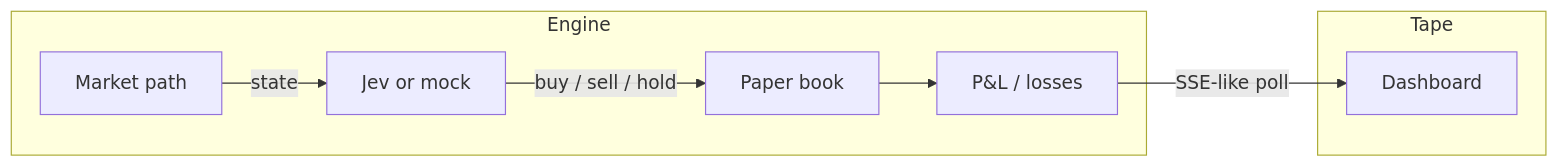
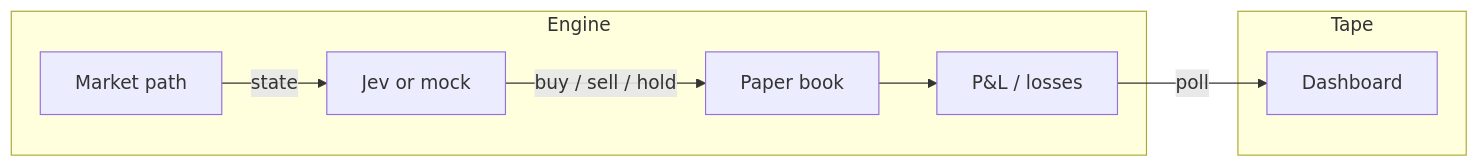
One commit to erboland/jev-fund changed the diagram in README.md. Above: the diagram before and after it, drawn with Mermaid. The commit also changed other lines of this file and 2 other files, not shown here.

Commit message:
Add quant-finance README, logo, and architecture diagram

````diff
--- a/README.md
+++ b/README.md
@@ -106,16 +131,16 @@
 ```mermaid
 flowchart LR
   subgraph Tape
     D[Dashboard]
   end
   subgraph Engine
     M[Market path]
     J[Jev or mock]
     B[Paper book]
     P[P&L / losses]
   end
   M -->|state| J
   J -->|buy / sell / hold| B
   B --> P
-  P -->|SSE-like poll| D
+  P -->|poll| D
 ```
````
